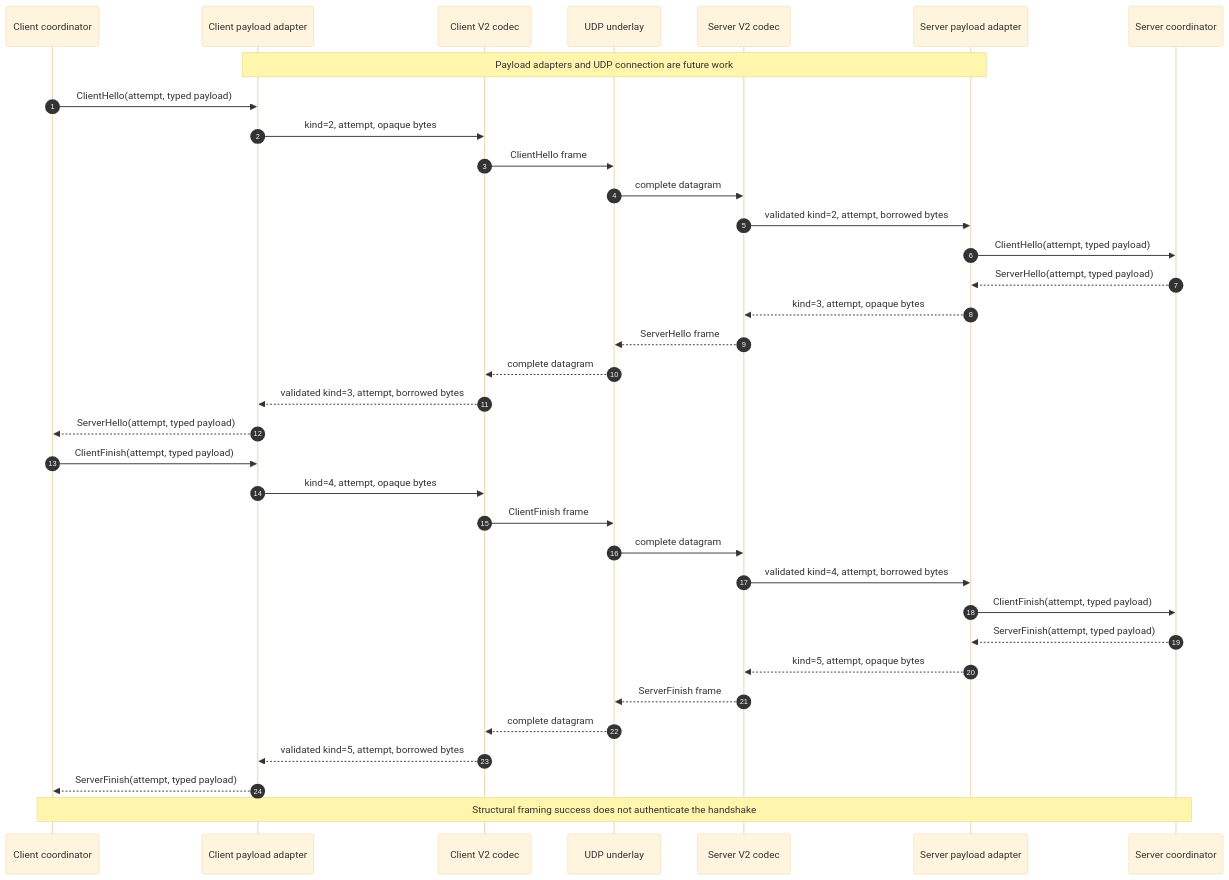
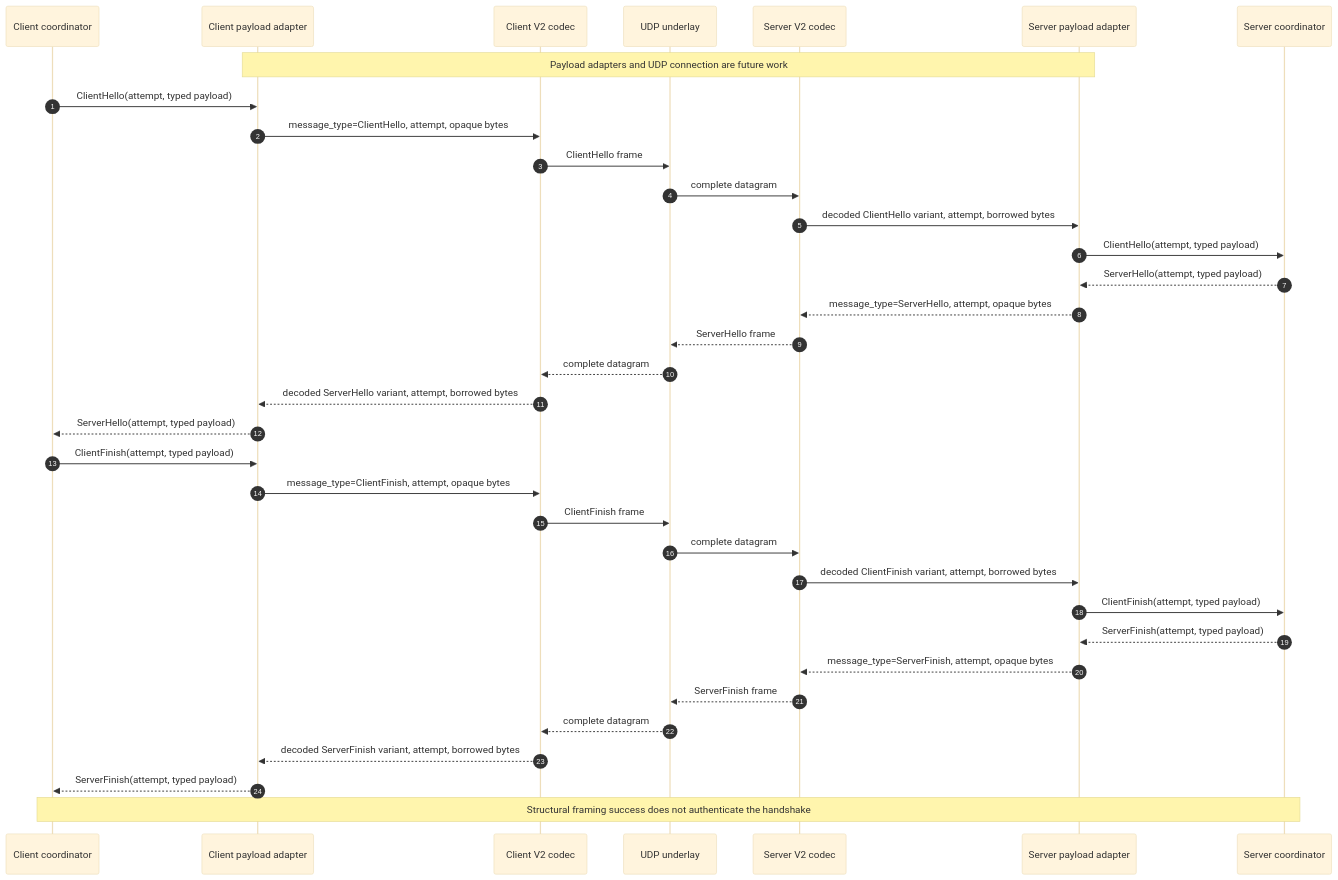
The third of 6 diagrams in docs/handshake-framing-design.md (thiennguyen56/crabnet), drawn with Mermaid (base theme) before and after one commit. The commit also changed other lines of this file and 6 other files, not shown here.

````diff
--- a/docs/handshake-framing-design.md
+++ b/docs/handshake-framing-design.md
@@ -112,43 +112,43 @@
 ```mermaid
 sequenceDiagram
     autonumber
     participant CC as Client coordinator
     participant CP as Client payload adapter
     participant CF as Client V2 codec
     participant UDP as UDP underlay
     participant SF as Server V2 codec
     participant SP as Server payload adapter
     participant SC as Server coordinator
 
     Note over CP,SP: Payload adapters and UDP connection are future work
 
     CC->>CP: ClientHello(attempt, typed payload)
-    CP->>CF: kind=2, attempt, opaque bytes
+    CP->>CF: message_type=ClientHello, attempt, opaque bytes
     CF->>UDP: ClientHello frame
     UDP->>SF: complete datagram
-    SF->>SP: validated kind=2, attempt, borrowed bytes
+    SF->>SP: decoded ClientHello variant, attempt, borrowed bytes
     SP->>SC: ClientHello(attempt, typed payload)
 
     SC-->>SP: ServerHello(attempt, typed payload)
-    SP-->>SF: kind=3, attempt, opaque bytes
+    SP-->>SF: message_type=ServerHello, attempt, opaque bytes
     SF-->>UDP: ServerHello frame
     UDP-->>CF: complete datagram
-    CF-->>CP: validated kind=3, attempt, borrowed bytes
+    CF-->>CP: decoded ServerHello variant, attempt, borrowed bytes
     CP-->>CC: ServerHello(attempt, typed payload)
 
     CC->>CP: ClientFinish(attempt, typed payload)
-    CP->>CF: kind=4, attempt, opaque bytes
+    CP->>CF: message_type=ClientFinish, attempt, opaque bytes
     CF->>UDP: ClientFinish frame
     UDP->>SF: complete datagram
-    SF->>SP: validated kind=4, attempt, borrowed bytes
+    SF->>SP: decoded ClientFinish variant, attempt, borrowed bytes
     SP->>SC: ClientFinish(attempt, typed payload)
 
     SC-->>SP: ServerFinish(attempt, typed payload)
-    SP-->>SF: kind=5, attempt, opaque bytes
+    SP-->>SF: message_type=ServerFinish, attempt, opaque bytes
     SF-->>UDP: ServerFinish frame
     UDP-->>CF: complete datagram
-    CF-->>CP: validated kind=5, attempt, borrowed bytes
+    CF-->>CP: decoded ServerFinish variant, attempt, borrowed bytes
     CP-->>CC: ServerFinish(attempt, typed payload)
 
     Note over CC,SC: Structural framing success does not authenticate the handshake
 ```
````
